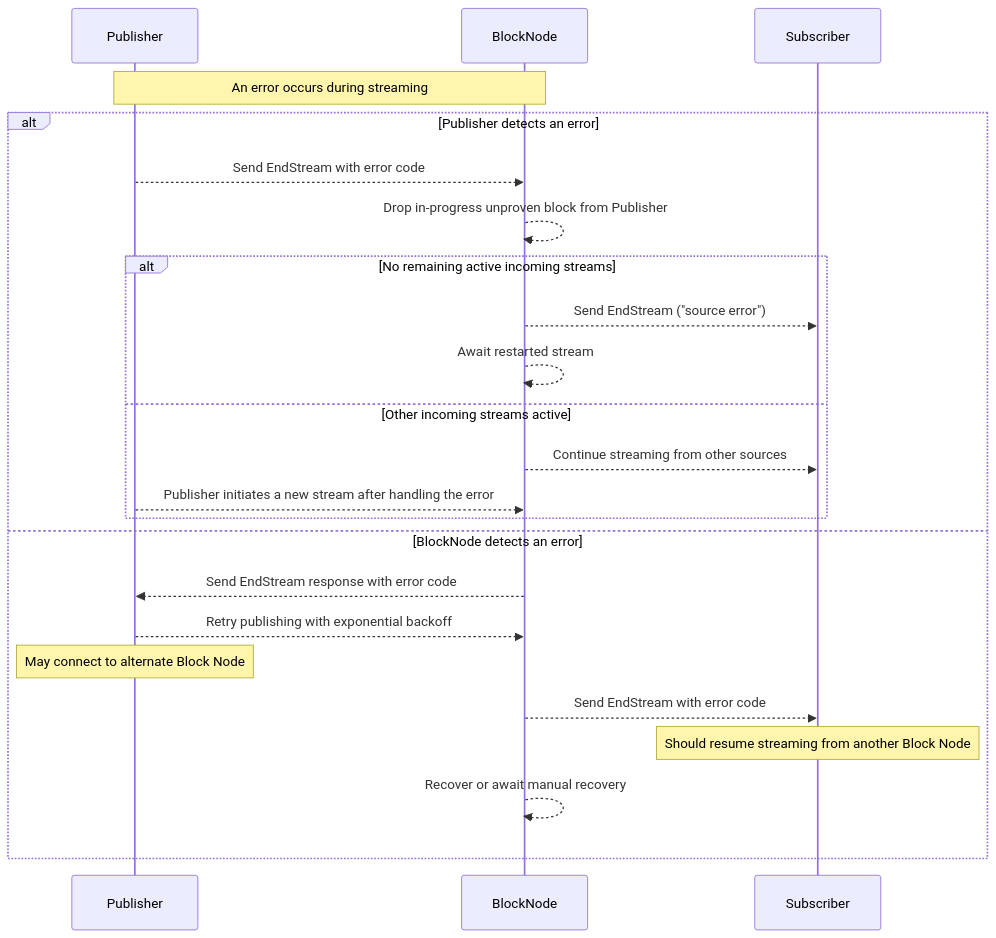
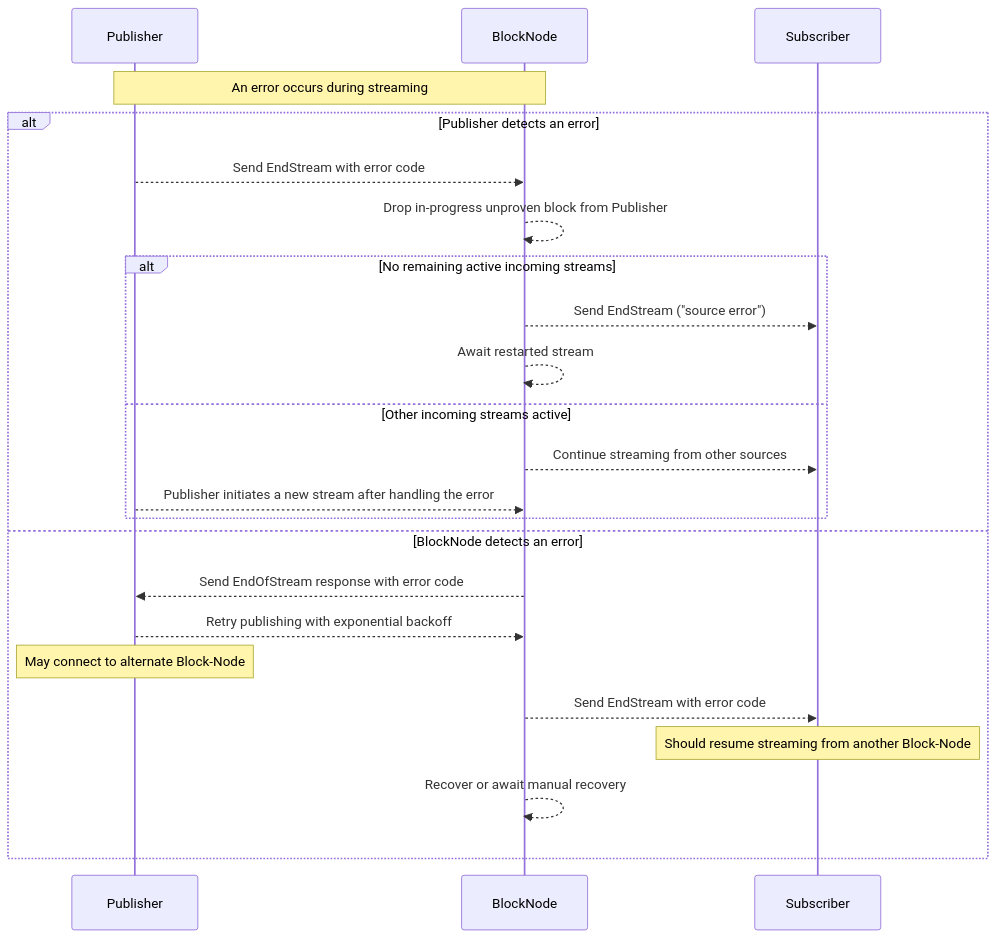
The fourth of 4 diagrams in docs/design/communication-protocol/publish-block-stream.md (hiero-ledger/hiero-block-node), drawn with Mermaid before and after one commit. The commit also changed other lines of this file and 1 other file, not shown here.

````diff
--- a/docs/design/communication-protocol/publish-block-stream.md
+++ b/docs/design/communication-protocol/publish-block-stream.md
@@ -185,27 +377,27 @@
 ```mermaid
 sequenceDiagram
     participant Publisher
     participant BlockNode
     participant Subscriber
 
     Note over Publisher,BlockNode: An error occurs during streaming
 
     alt Publisher detects an error
         Publisher-->>BlockNode: Send EndStream with error code
         BlockNode-->>BlockNode: Drop in-progress unproven block from Publisher
         alt No remaining active incoming streams
             BlockNode-->>Subscriber: Send EndStream ("source error")
             BlockNode-->>BlockNode: Await restarted stream
         else Other incoming streams active
             BlockNode-->>Subscriber: Continue streaming from other sources
             Publisher-->>BlockNode: Publisher initiates a new stream after handling the error
         end
     else BlockNode detects an error
-        BlockNode-->>Publisher: Send EndStream response with error code
+        BlockNode-->>Publisher: Send EndOfStream response with error code
         Publisher-->>BlockNode: Retry publishing with exponential backoff
-        Note over Publisher: May connect to alternate Block Node
+        Note over Publisher: May connect to alternate Block-Node
         BlockNode-->>Subscriber: Send EndStream with error code
-        Note over Subscriber: Should resume streaming from another Block Node
+        Note over Subscriber: Should resume streaming from another Block-Node
         BlockNode-->>BlockNode: Recover or await manual recovery
     end
 ```
````
